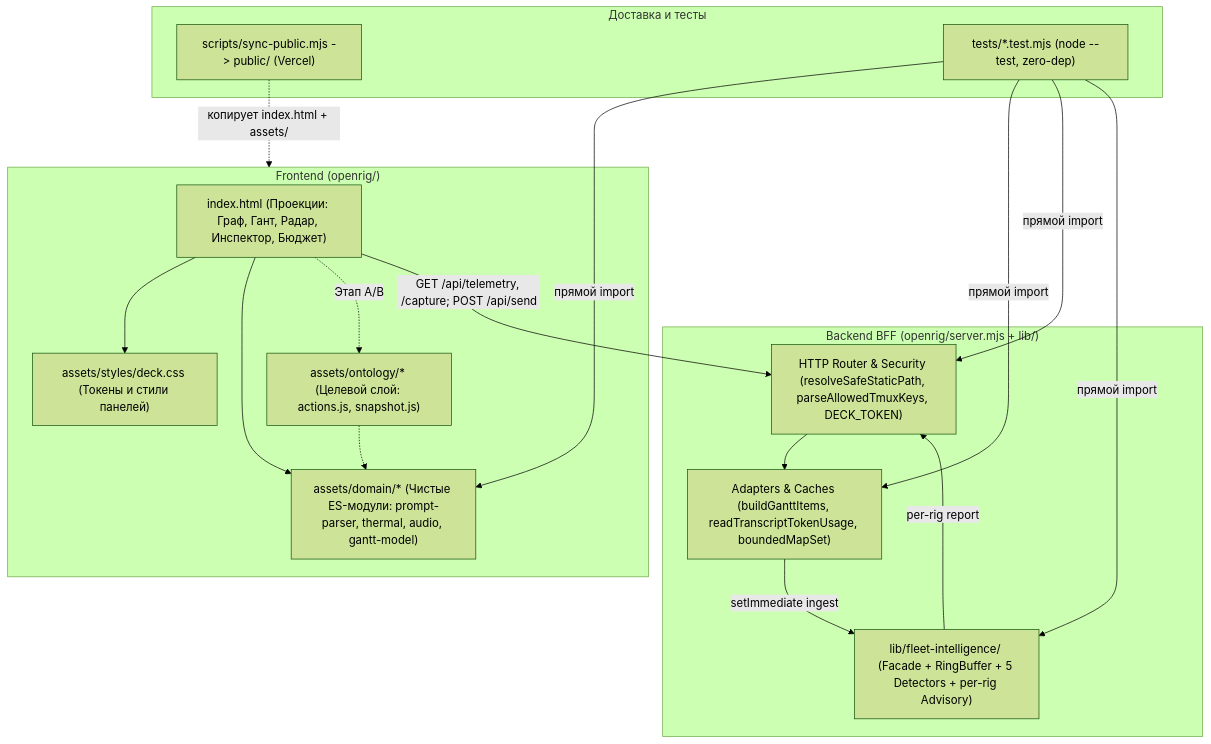
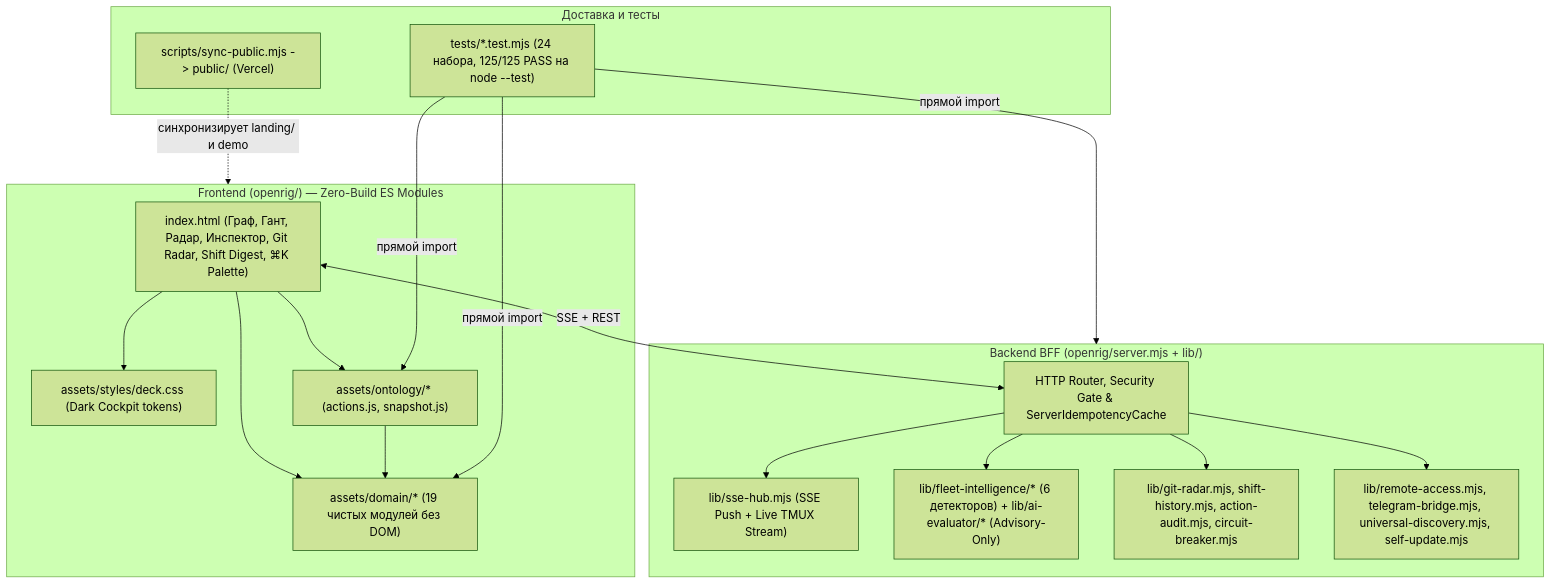
Before and after one commit to Vedariy/rig-commander: the fifth of 5 diagrams in openrig/docs/architecture.md, drawn with Mermaid (forest theme). The commit also changed other lines of this file and 8 other files, not shown here.

````diff
--- a/openrig/docs/architecture.md
+++ b/openrig/docs/architecture.md
@@ -269,35 +188,36 @@
 ```mermaid
 flowchart TD
-    subgraph FE["Frontend (openrig/)"]
-        HTML["index.html (Проекции: Граф, Гант, Радар, Инспектор, Бюджет)"]
-        CSS["assets/styles/deck.css (Токены и стили панелей)"]
-        DOM["assets/domain/* (Чистые ES-модули: prompt-parser, thermal, audio, gantt-model)"]
-        ONT["assets/ontology/* (Целевой слой: actions.js, snapshot.js)"]
+    subgraph FE["Frontend (openrig/) — Zero-Build ES Modules"]
+        HTML["index.html (Граф, Гант, Радар, Инспектор, Git Radar, Shift Digest, ⌘K Palette)"]
+        CSS["assets/styles/deck.css (Dark Cockpit tokens)"]
+        DOM["assets/domain/* (19 чистых модулей без DOM)"]
+        ONT["assets/ontology/* (actions.js, snapshot.js)"]
     end
 
     subgraph BE["Backend BFF (openrig/server.mjs + lib/)"]
-        SEC["HTTP Router & Security (resolveSafeStaticPath, parseAllowedTmuxKeys, DECK_TOKEN)"]
-        ADP["Adapters & Caches (buildGanttItems, readTranscriptTokenUsage, boundedMapSet)"]
-        FIE["lib/fleet-intelligence/ (Facade + RingBuffer + 5 Detectors + per-rig Advisory)"]
+        SEC["HTTP Router, Security Gate & ServerIdempotencyCache"]
+        SSE["lib/sse-hub.mjs (SSE Push + Live TMUX Stream)"]
+        INTEL["lib/fleet-intelligence/* (6 детекторов) + lib/ai-evaluator/* (Advisory-Only)"]
+        OPS["lib/git-radar.mjs, shift-history.mjs, action-audit.mjs, circuit-breaker.mjs"]
+        CONN["lib/remote-access.mjs, telegram-bridge.mjs, universal-discovery.mjs, self-update.mjs"]
     end
 
     subgraph DEV["Доставка и тесты"]
         SYNC["scripts/sync-public.mjs -> public/ (Vercel)"]
-        TEST["tests/*.test.mjs (node --test, zero-dep)"]
+        TEST["tests/*.test.mjs (24 набора, 125/125 PASS на node --test)"]
     end
 
     HTML --> CSS
     HTML --> DOM
-    HTML -.->|"Этап A/B"| ONT
-    ONT -.-> DOM
-    HTML -->|"GET /api/telemetry, /capture; POST /api/send"| SEC
-    SEC --> ADP
-    ADP -->|"setImmediate ingest"| FIE
-    FIE -->|"per-rig report"| SEC
-
-    SYNC -.->|"копирует index.html + assets/"| FE
+    HTML --> ONT
+    ONT --> DOM
+    HTML <-->|"SSE + REST"| SEC
+    SEC --> SSE
+    SEC --> INTEL
+    SEC --> OPS
+    SEC --> CONN
+    SYNC -.->|"синхронизирует landing/ и demo"| FE
     TEST -->|"прямой import"| DOM
-    TEST -->|"прямой import"| ADP
-    TEST -->|"прямой import"| SEC
-    TEST -->|"прямой import"| FIE
+    TEST -->|"прямой import"| ONT
+    TEST -->|"прямой import"| BE
 ```
````
